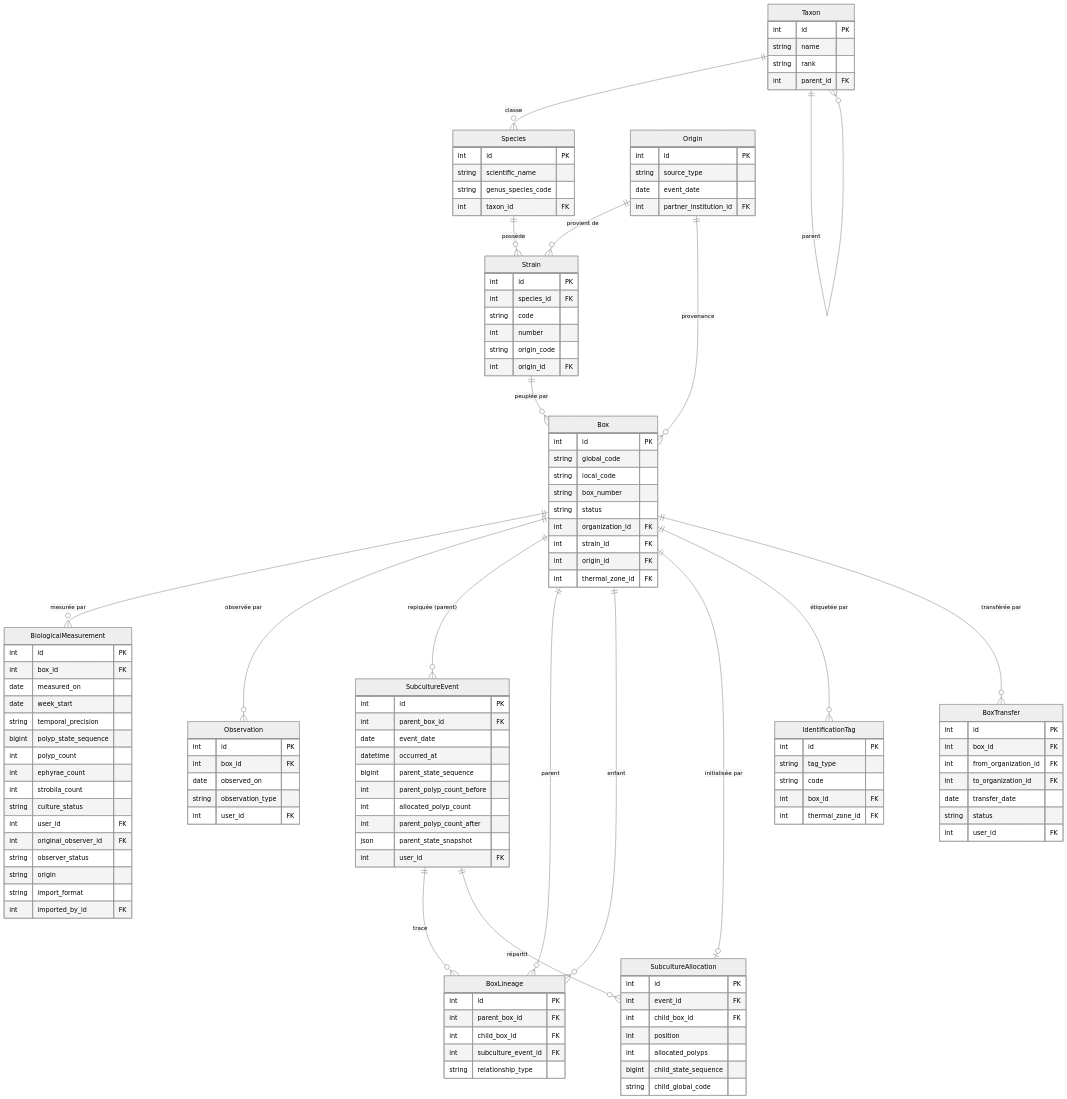
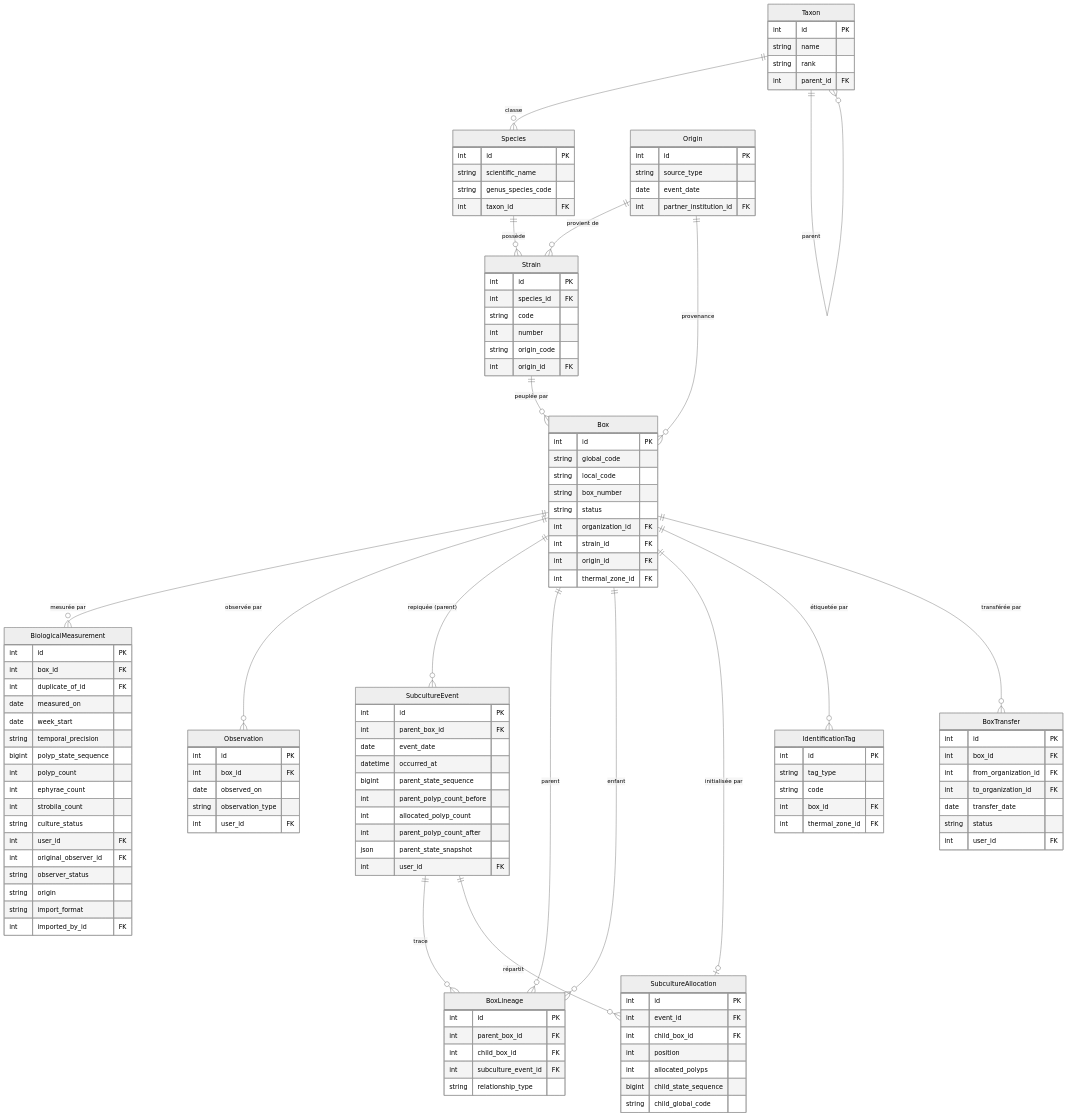
The first of 3 diagrams in docs/mcd/schema_bdd.md (Anthony2210/POLYPBASE), drawn with Mermaid (neutral theme) before and after one commit. The commit also changed other lines of this file and 19 other files, not shown here.

```diff
--- a/docs/mcd/schema_bdd.md
+++ b/docs/mcd/schema_bdd.md
@@ -81,6 +81,7 @@
     BiologicalMeasurement {
         int id PK
         int box_id FK
+        int duplicate_of_id FK
         date measured_on
         date week_start
         string temporal_precision
```
